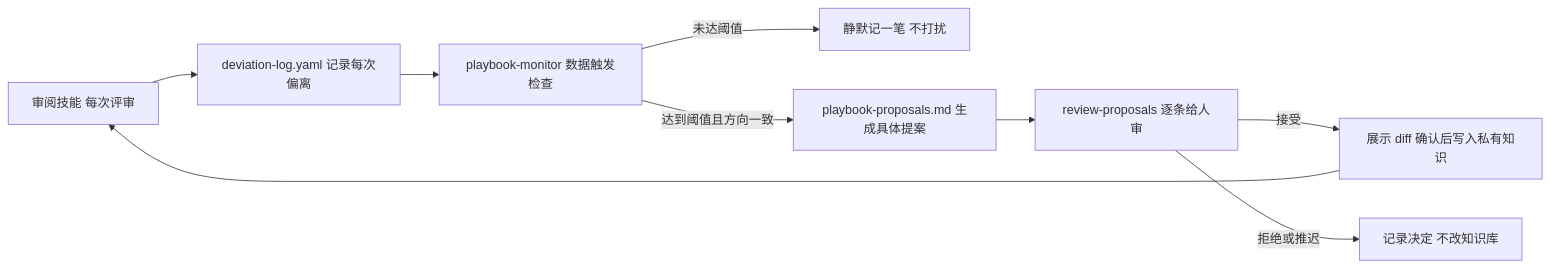
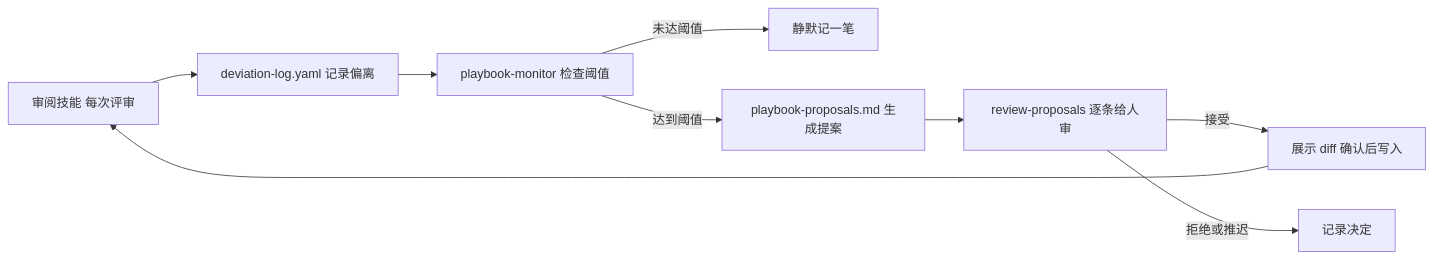
Before and after one commit to diguike/book-source-reading: the fifth of 7 diagrams in book/08-claude-for-legal.md, drawn with Mermaid. The commit also changed other lines of this file and 14 other files, not shown here.

````diff
--- a/book/08-claude-for-legal.md
+++ b/book/08-claude-for-legal.md
@@ -513,11 +491,11 @@
 ```mermaid
 flowchart LR
-    R[审阅技能 每次评审] --> D[deviation-log.yaml 记录每次偏离]
-    D --> M[playbook-monitor 数据触发检查]
-    M -- 未达阈值 --> S[静默记一笔 不打扰]
-    M -- 达到阈值且方向一致 --> P[playbook-proposals.md 生成具体提案]
+    R[审阅技能 每次评审] --> D[deviation-log.yaml 记录偏离]
+    D --> M[playbook-monitor 检查阈值]
+    M -- 未达阈值 --> S[静默记一笔]
+    M -- 达到阈值 --> P[playbook-proposals.md 生成提案]
     P --> U[review-proposals 逐条给人审]
-    U -- 接受 --> W[展示 diff 确认后写入私有知识]
-    U -- 拒绝或推迟 --> L[记录决定 不改知识库]
+    U -- 接受 --> W[展示 diff 确认后写入]
+    U -- 拒绝或推迟 --> L[记录决定]
     W --> R
 ```
````
